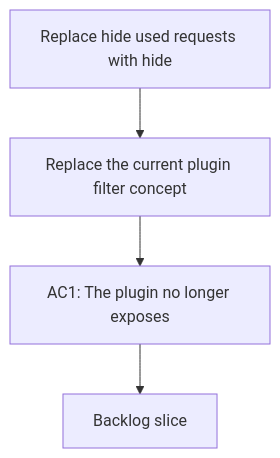
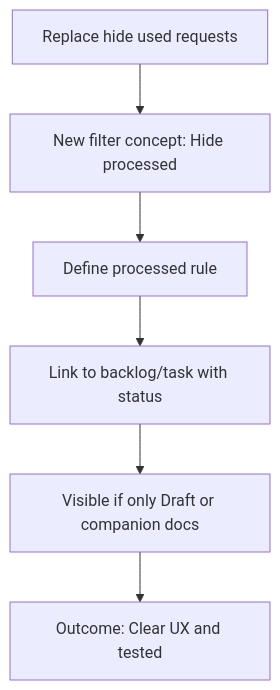
The diagram in logics/request/req_023_replace_hide_used_requests_with_hide_processed_requests_semantics.md (AlexAgo83/logics-manager), drawn with Mermaid before and after one commit. The commit also changed 50 other files, not shown here.

````diff
--- a/logics/request/req_023_replace_hide_used_requests_with_hide_processed_requests_semantics.md
+++ b/logics/request/req_023_replace_hide_used_requests_with_hide_processed_requests_semantics.md
@@ -39,8 +39,10 @@
 ```mermaid
 %% logics-kind: request
 %% logics-signature: request|replace-hide-used-requests-with-hide-pro|replace-the-current-plugin-filter-concep|ac1-the-plugin-no-longer-exposes
 flowchart TD
-    Trigger[Replace hide used requests with hide] --> Need[Replace the current plugin filter concept]
-    Need --> Outcome[AC1: The plugin no longer exposes]
-    Outcome --> Backlog[Backlog slice]
+    Replace[Replace hide used requests] --> Concept[New filter concept: Hide processed]
+    Concept --> Rule[Define processed rule]
+    Rule --> Link[Link to backlog/task with status]
+    Link --> Visible[Visible if only Draft or companion docs]
+    Visible --> Outcome[Outcome: Clear UX and tested]
 ```
````
